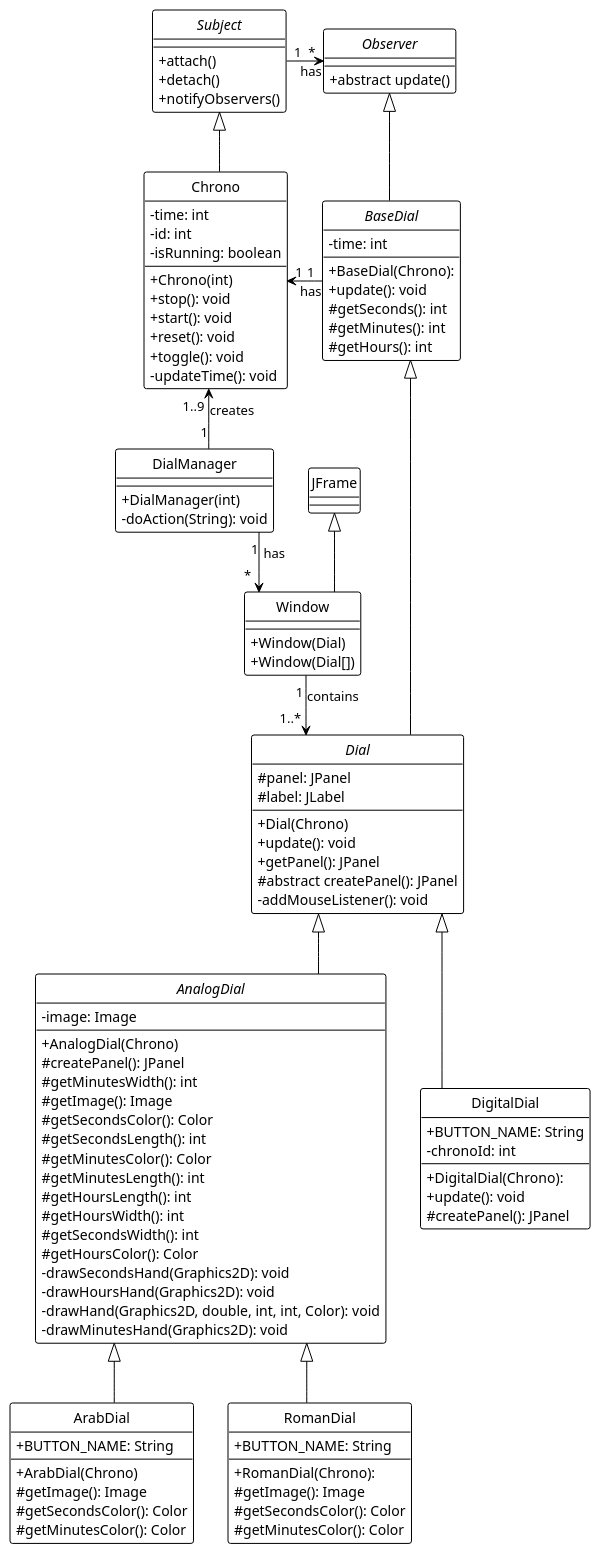
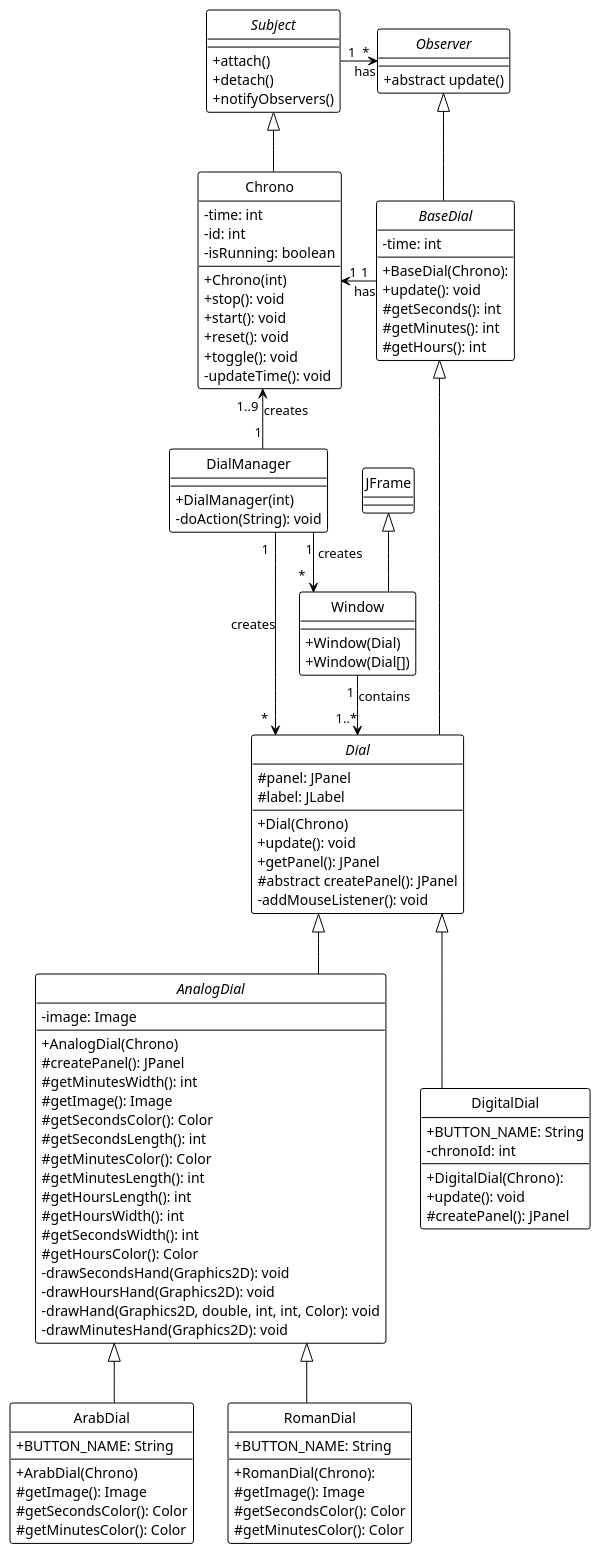
The diagram in uml/uml.plantuml (OlinB/heig-vd-mcr-lab01), drawn with PlantUML before and after one commit. The commit also changed 1 other file, not shown here.

```diff
--- a/uml/uml.plantuml
+++ b/uml/uml.plantuml
@@ -1,124 +1,125 @@
 @startuml
 skinparam classAttributeIconSize 0
 hide circle
 
 !theme plain
 top to bottom direction
 skinparam linetype ortho
 
 abstract class Subject {
     +attach()
     +detach()
     +notifyObservers()
 }
 
 abstract class Observer {
     + abstract update()
 }
 
 class Chrono {
   + Chrono(int)
   + stop(): void
   + start(): void
   + reset(): void
   + toggle(): void
   - updateTime(): void
    -time: int
    -id: int
    -isRunning: boolean
 }
 
 abstract class BaseDial {
   + BaseDial(Chrono):
   + update(): void
   # getSeconds(): int
   # getMinutes(): int
   # getHours(): int
    -time: int
 }
 
 abstract class Dial {
   + Dial(Chrono)
   + update(): void
   + getPanel(): JPanel
   # abstract createPanel(): JPanel
   - addMouseListener(): void
   # panel: JPanel
   # label: JLabel
 }
 
 abstract class AnalogDial {
   + AnalogDial(Chrono)
   # createPanel(): JPanel
   # getMinutesWidth(): int
   # getImage(): Image
   # getSecondsColor(): Color
   # getSecondsLength(): int
   # getMinutesColor(): Color
   # getMinutesLength(): int
   # getHoursLength(): int
   # getHoursWidth(): int
   # getSecondsWidth(): int
   # getHoursColor(): Color
   - drawSecondsHand(Graphics2D): void
   - drawHoursHand(Graphics2D): void
   - drawHand(Graphics2D, double, int, int, Color): void
   - drawMinutesHand(Graphics2D): void
   - image: Image
 }
 
 class ArabDial {
   + ArabDial(Chrono)
    #getImage(): Image
    #getSecondsColor(): Color
    #getMinutesColor(): Color
    + BUTTON_NAME: String
 }
 
 class RomanDial {
    + RomanDial(Chrono):
    #getImage(): Image
    #getSecondsColor(): Color
    #getMinutesColor(): Color
    + BUTTON_NAME: String
 }
 
 class DigitalDial {
   + DigitalDial(Chrono):
   + update(): void
   # createPanel(): JPanel
    +BUTTON_NAME: String
    -chronoId: int
 }
 
 class DialManager {
   + DialManager(int)
   - doAction(String): void
 }
 
 class Window {
   + Window(Dial)
   + Window(Dial[])
 }
 
 class JFrame {
 
 }
 
 Dial        -UP-^   BaseDial
 Chrono      -UP-^   Subject
 BaseDial    -UP-^   Observer
 AnalogDial  -UP-^   Dial
 ArabDial    -UP-^   AnalogDial
 DigitalDial -UP-^   Dial
 RomanDial   -UP-^   AnalogDial
 Window      -UP-^   JFrame
 
 
 Subject     "1"--right-->"*"   Observer: has
 BaseDial    "1"--left->"1"    Chrono: has
 
 Chrono      "1..9 "<--"1 "        DialManager: creates
-DialManager "1   "-->"*"           Window: " has"
+DialManager "1   "-->"*"           Window: " creates"
+DialManager "1   "-->"*"           Dial: " creates"
 Window      "1 "-->"1..*"     Dial: contains
 @enduml
```
